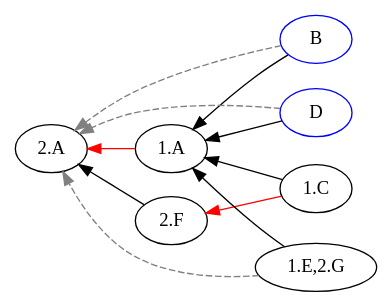
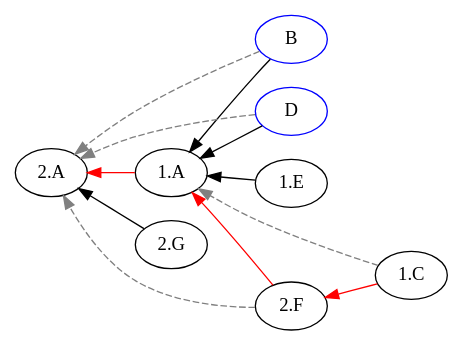
The diagram in example/output/abstract4/abstract4_pw_0.dot (EulerProject/EulerX), drawn with Graphviz before and after one commit. The commit also changed 10 other files, not shown here.

```diff
--- a/example/output/abstract4/abstract4_pw_0.dot
+++ b/example/output/abstract4/abstract4_pw_0.dot
@@ -1,19 +1,20 @@
 digraph {
 
 rankdir = RL
 
 "B" [color=blue];
 "D" [color=blue];
 "B" [color=blue];
 "D" [color=blue];
-"1.C" -> "1.A" [style=filled, color=black];
-"2.F" -> "2.A" [style=filled, color=black];
+"1.E" -> "1.A" [style=filled, color=black];
+"2.G" -> "2.A" [style=filled, color=black];
+"2.F" -> "1.A" [style=filled, color=red];
 "1.A" -> "2.A" [style=filled, color=red];
 "1.C" -> "2.F" [style=filled, color=red];
 "B" -> "1.A" [style=filled, color=black];
 "D" -> "1.A" [style=filled, color=black];
-"1.E,2.G" -> "1.A" [style=filled, color=black];
+"2.F" -> "2.A" [style=dashed, color=grey];
+"1.C" -> "1.A" [style=dashed, color=grey];
 "B" -> "2.A" [style=dashed, color=grey];
 "D" -> "2.A" [style=dashed, color=grey];
-"1.E,2.G" -> "2.A" [style=dashed, color=grey];
 }
```
